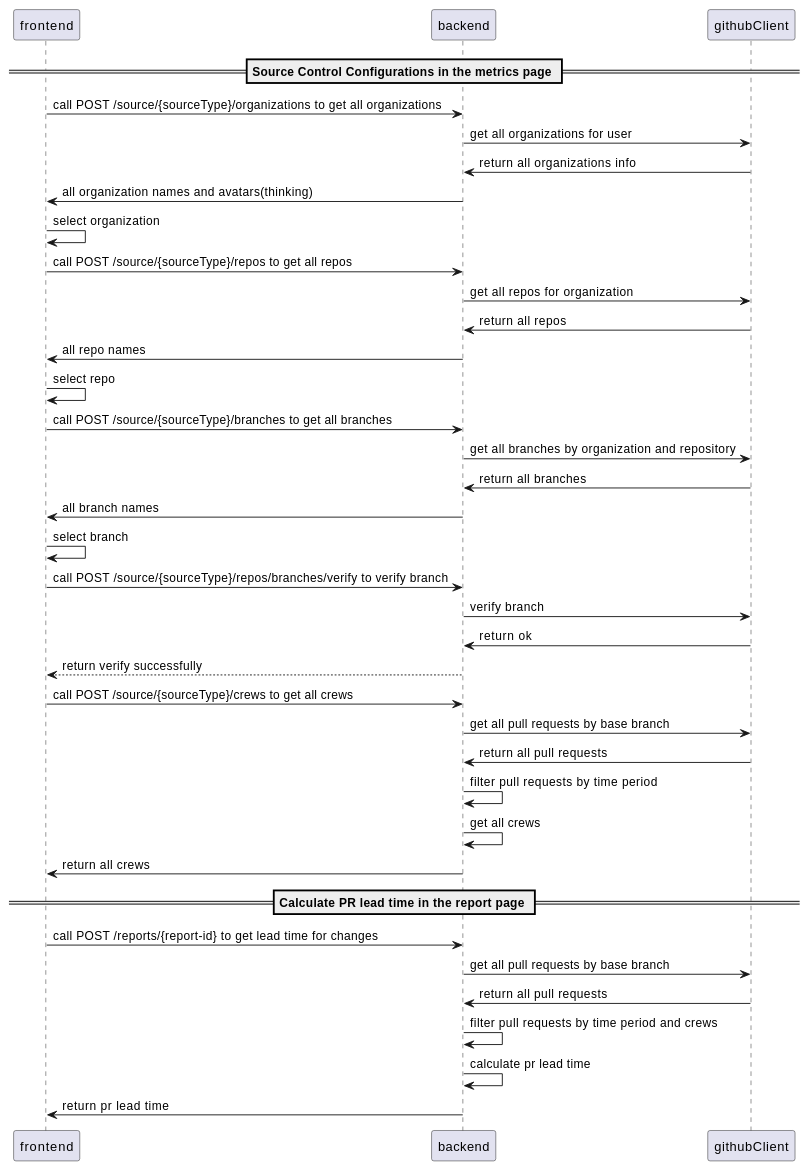
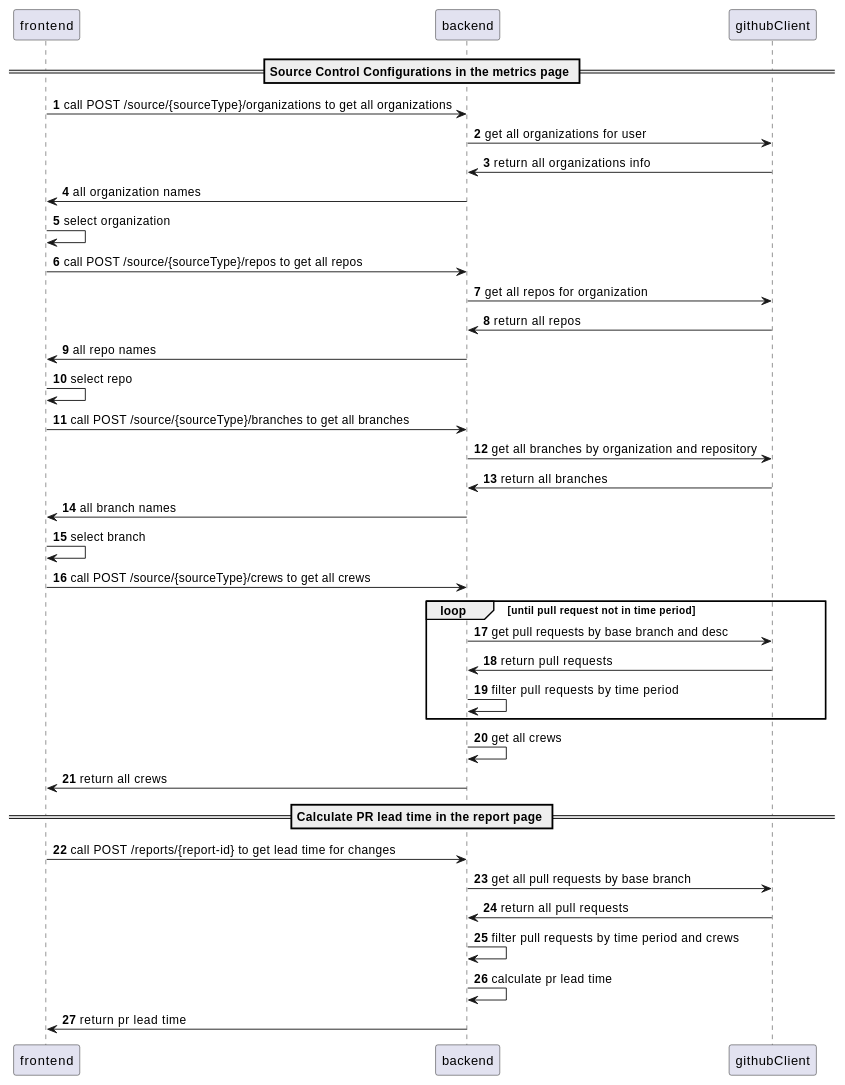
One commit to au-heartbeat/Heartbeat changed the diagram in docs/src/content/docs/en/spikes/tech-spikes-github-api-for-pull-request-info-by-token.mdx. Above: the diagram before and after it, drawn with PlantUML. The commit also changed other lines of this file, not shown here.

````diff
--- a/docs/src/content/docs/en/spikes/tech-spikes-github-api-for-pull-request-info-by-token.mdx
+++ b/docs/src/content/docs/en/spikes/tech-spikes-github-api-for-pull-request-info-by-token.mdx
@@ -20,42 +20,41 @@
 ```plantuml
 @startuml
+autonumber
 participant frontend as frontend
 participant backend as backend
 participant githubClient as githubClient
 
 == Source Control Configurations in the metrics page ==
 frontend -> backend: call POST /source/{sourceType}/organizations to get all organizations
 backend -> githubClient: get all organizations for user
 githubClient -> backend: return all organizations info
-backend -> frontend: all organization names and avatars(thinking)
+backend -> frontend: all organization names
 frontend -> frontend: select organization
 frontend -> backend: call POST /source/{sourceType}/repos to get all repos
 backend -> githubClient: get all repos for organization
 githubClient -> backend: return all repos
 backend -> frontend: all repo names
 frontend -> frontend: select repo
 frontend -> backend: call POST /source/{sourceType}/branches to get all branches
 backend -> githubClient: get all branches by organization and repository
 githubClient -> backend: return all branches
 backend -> frontend: all branch names
 frontend -> frontend: select branch
-frontend -> backend: call POST /source/{sourceType}/repos/branches/verify to verify branch
-backend -> githubClient: verify branch
-githubClient -> backend: return ok
-backend --> frontend: return verify successfully
 frontend -> backend: call POST /source/{sourceType}/crews to get all crews
-backend -> githubClient: get all pull requests by base branch
-githubClient -> backend: return all pull requests
-backend -> backend: filter pull requests by time period
+loop until pull request not in time period
+    backend -> githubClient: get pull requests by base branch and desc
+    githubClient -> backend: return pull requests
+    backend -> backend: filter pull requests by time period
+end
 backend -> backend: get all crews
 backend -> frontend: return all crews
 
 == Calculate PR lead time in the report page ==
 frontend -> backend: call POST /reports/{report-id} to get lead time for changes
 backend -> githubClient: get all pull requests by base branch
 githubClient -> backend: return all pull requests
 backend -> backend: filter pull requests by time period and crews
 backend -> backend: calculate pr lead time
 backend -> frontend: return pr lead time
 @enduml
 ```
````
